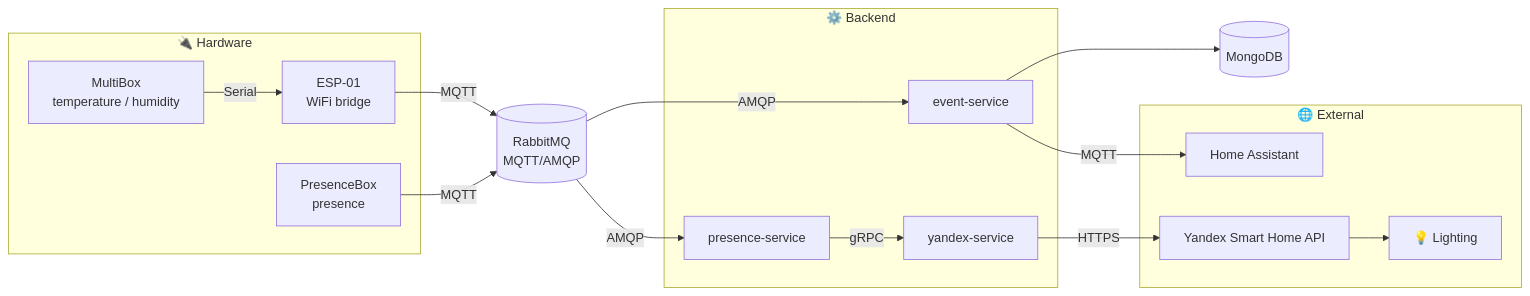
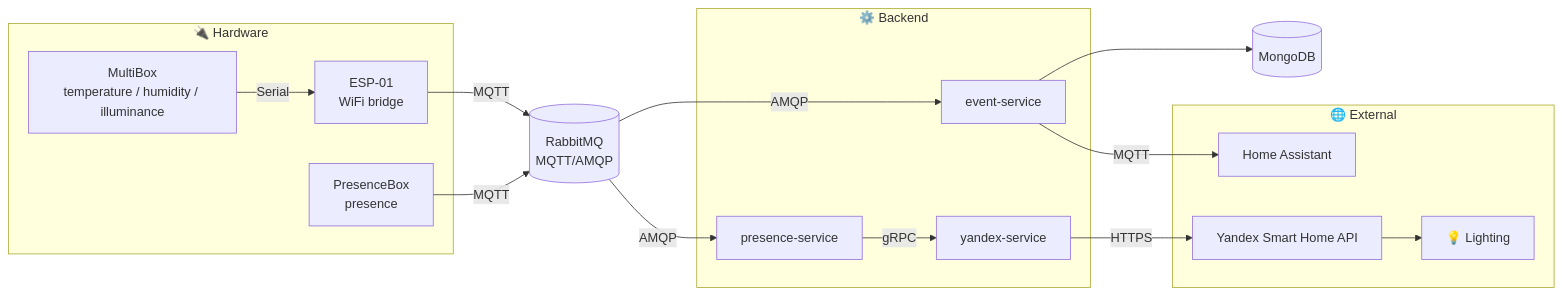
Before and after one commit to JohnnyNovac/home-sweet-home: the diagram in README.en.md, drawn with Mermaid. The commit also changed other lines of this file and 25 other files, not shown here.

````diff
--- a/README.en.md
+++ b/README.en.md
@@ -11,35 +11,35 @@
 ```mermaid
 flowchart LR
     subgraph Hardware["🔌 Hardware"]
-        MB[MultiBox<br/>temperature / humidity]
+        MB[MultiBox<br/>temperature / humidity / illuminance]
         ESP[ESP-01<br/>WiFi bridge]
         PB[PresenceBox<br/>presence]
         MB -->|Serial| ESP
     end
 
     BROKER[(RabbitMQ<br/>MQTT/AMQP)]
 
     subgraph Backend["⚙️ Backend"]
         ES[event-service]
         PS[presence-service]
         YS[yandex-service]
     end
 
     MONGO[(MongoDB)]
 
     subgraph External["🌐 External"]
         HA[Home Assistant]
         YAPI[Yandex Smart Home API]
         LIGHTNING[💡 Lighting]
     end
 
     ESP -->|MQTT| BROKER
     PB -->|MQTT| BROKER
     BROKER -->|AMQP| ES
     BROKER -->|AMQP| PS
     ES --> MONGO
     ES -->|MQTT| HA
     PS -->|gRPC| YS
     YS -->|HTTPS| YAPI
     YAPI --> LIGHTNING
 ```
````
